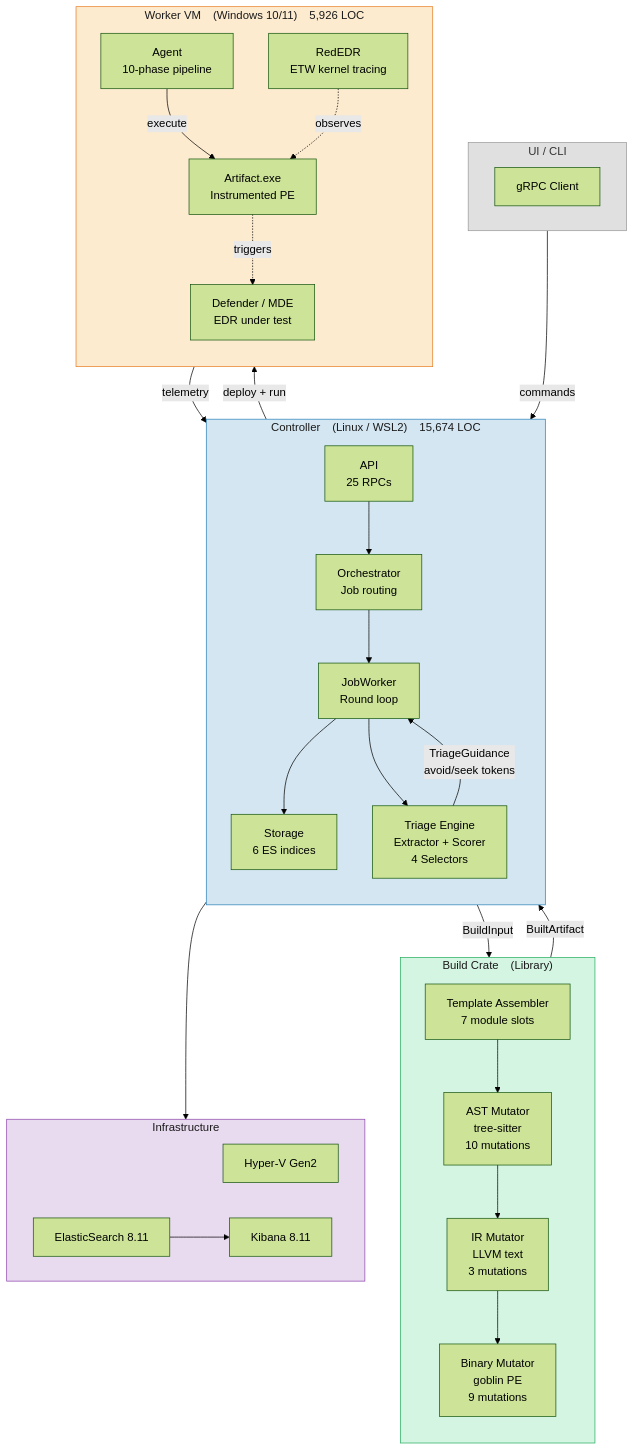
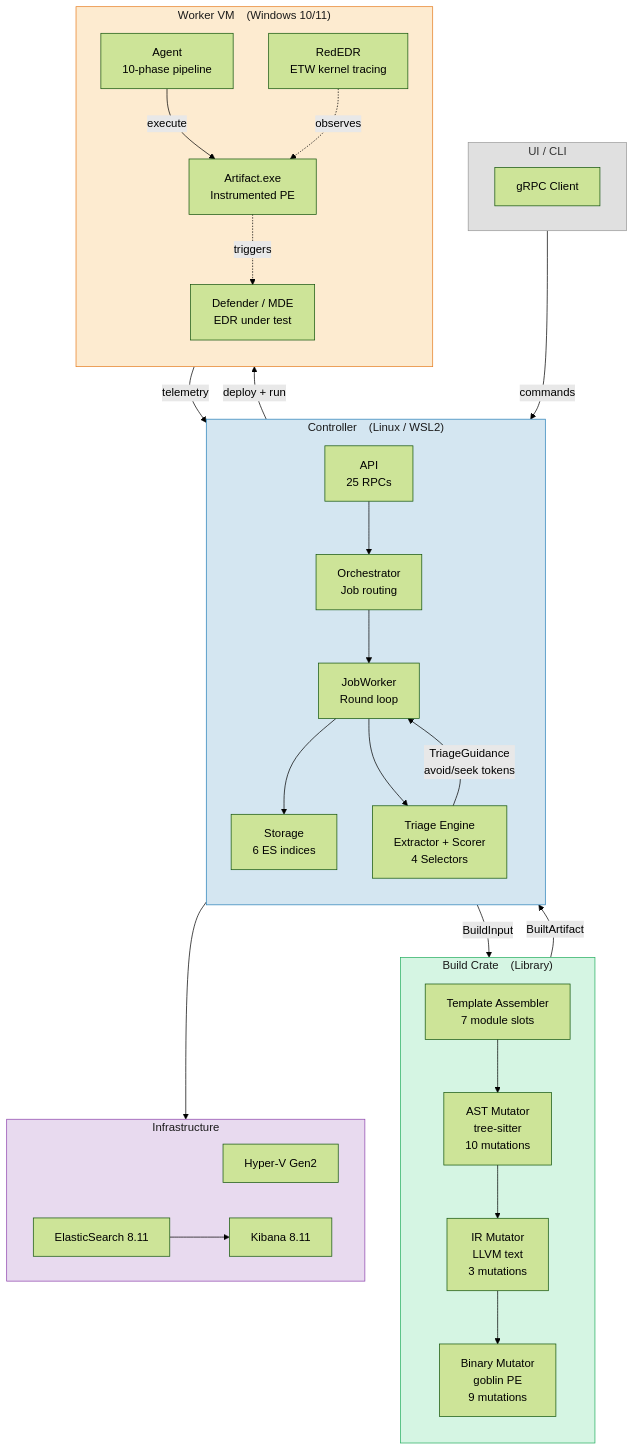
One commit to 2Tricky4u/Automated-Analysis-and-Mutation-of-Software-Artifacts-against-AV-EDR changed the first of 3 diagrams in README.md. Above: the diagram before and after it, drawn with Mermaid (forest theme). The commit also changed other lines of this file and 3 other files, not shown here.

````diff
--- a/README.md
+++ b/README.md
@@ -118,61 +119,61 @@
 ```mermaid
 flowchart TB
     subgraph UI["UI / CLI"]
         direction LR
         CLI["gRPC Client"]
     end
 
-    subgraph CTRL["Controller &ensp; (Linux / WSL2) &ensp; 15,674 LOC"]
+    subgraph CTRL["Controller &ensp; (Linux / WSL2)"]
         direction TB
         API["API\n25 RPCs"]
         ORCH["Orchestrator\nJob routing"]
         JW["JobWorker\nRound loop"]
         TRIAGE["Triage Engine\nExtractor + Scorer\n4 Selectors"]
         STORE["Storage\n6 ES indices"]
     end
 
     subgraph BUILD["Build Crate &ensp; (Library)"]
         direction TB
         AST_MUT["AST Mutator\ntree-sitter\n10 mutations"]
         IR_MUT["IR Mutator\nLLVM text\n3 mutations"]
         BIN_MUT["Binary Mutator\ngoblin PE\n9 mutations"]
         ASSEMBLE["Template Assembler\n7 module slots"]
     end
 
-    subgraph VM["Worker VM &ensp; (Windows 10/11) &ensp; 5,926 LOC"]
+    subgraph VM["Worker VM &ensp; (Windows 10/11)"]
         direction TB
         AGENT["Agent\n10-phase pipeline"]
         REDEDR["RedEDR\nETW kernel tracing"]
         DEFENDER["Defender / MDE\nEDR under test"]
         ARTIFACT["Artifact.exe\nInstrumented PE"]
     end
 
     subgraph INFRA["Infrastructure"]
         direction LR
         HYPERV["Hyper-V Gen2"]
         ES["ElasticSearch 8.11"]
         KIBANA["Kibana 8.11"]
     end
 
     CLI -->|"commands"| API
     API --> ORCH --> JW
     JW -->|"BuildInput"| ASSEMBLE
     ASSEMBLE --> AST_MUT --> IR_MUT --> BIN_MUT
     BIN_MUT -->|"BuiltArtifact"| JW
     JW -->|"deploy + run"| AGENT
     AGENT -->|"execute"| ARTIFACT
     ARTIFACT -.->|"triggers"| DEFENDER
     REDEDR -.->|"observes"| ARTIFACT
     AGENT -->|"telemetry"| JW
     JW --> STORE
     STORE --> ES
     ES --> KIBANA
     JW --> TRIAGE
     TRIAGE -->|"TriageGuidance\navoid/seek tokens"| JW
 
     style UI fill:#e0e0e0,stroke:#999,color:#333
     style CTRL fill:#d4e6f1,stroke:#2980b9,color:#1a1a1a
     style BUILD fill:#d5f5e3,stroke:#27ae60,color:#1a1a1a
     style VM fill:#fdebd0,stroke:#e67e22,color:#1a1a1a
     style INFRA fill:#e8daef,stroke:#8e44ad,color:#1a1a1a
 ```
````
